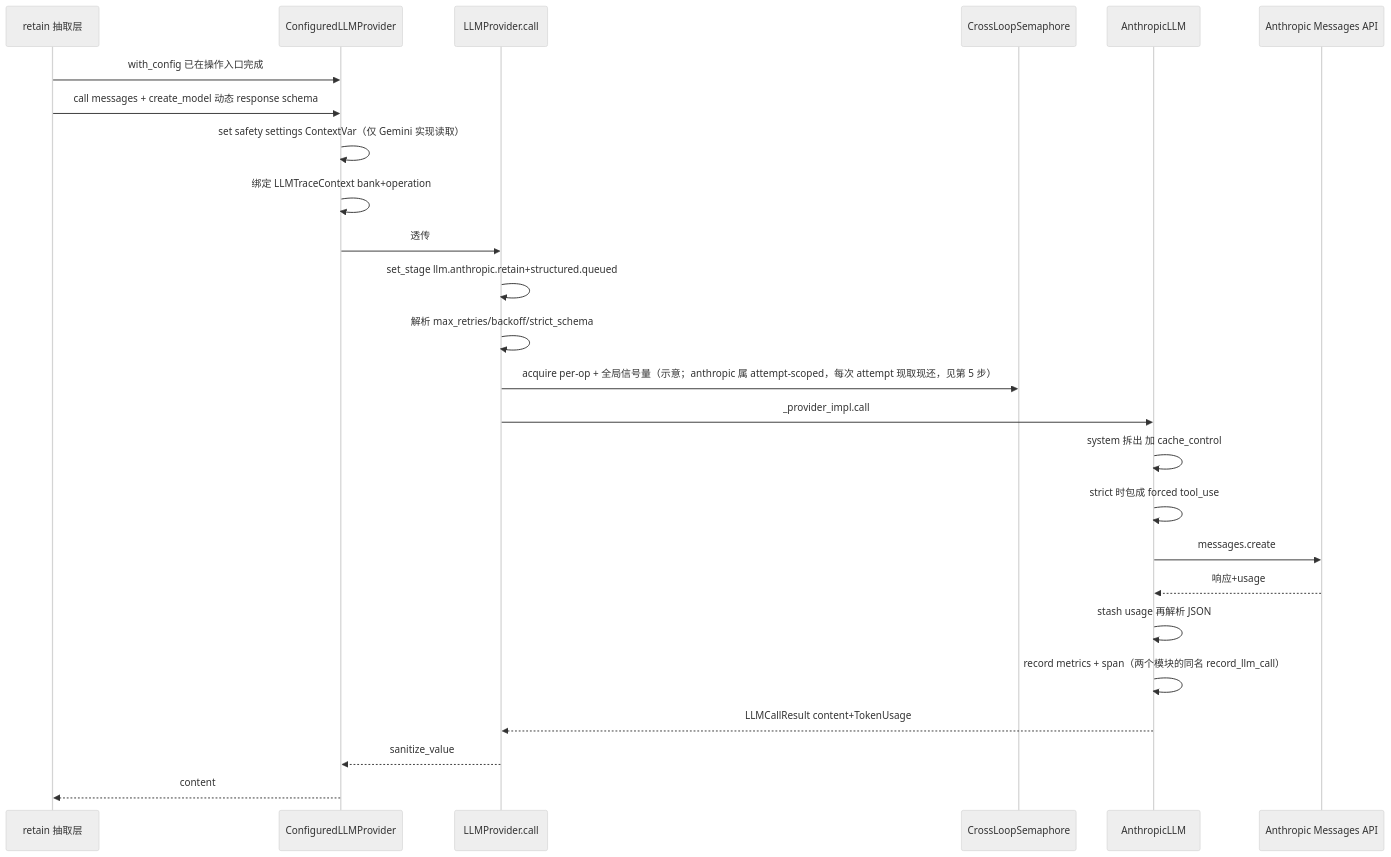
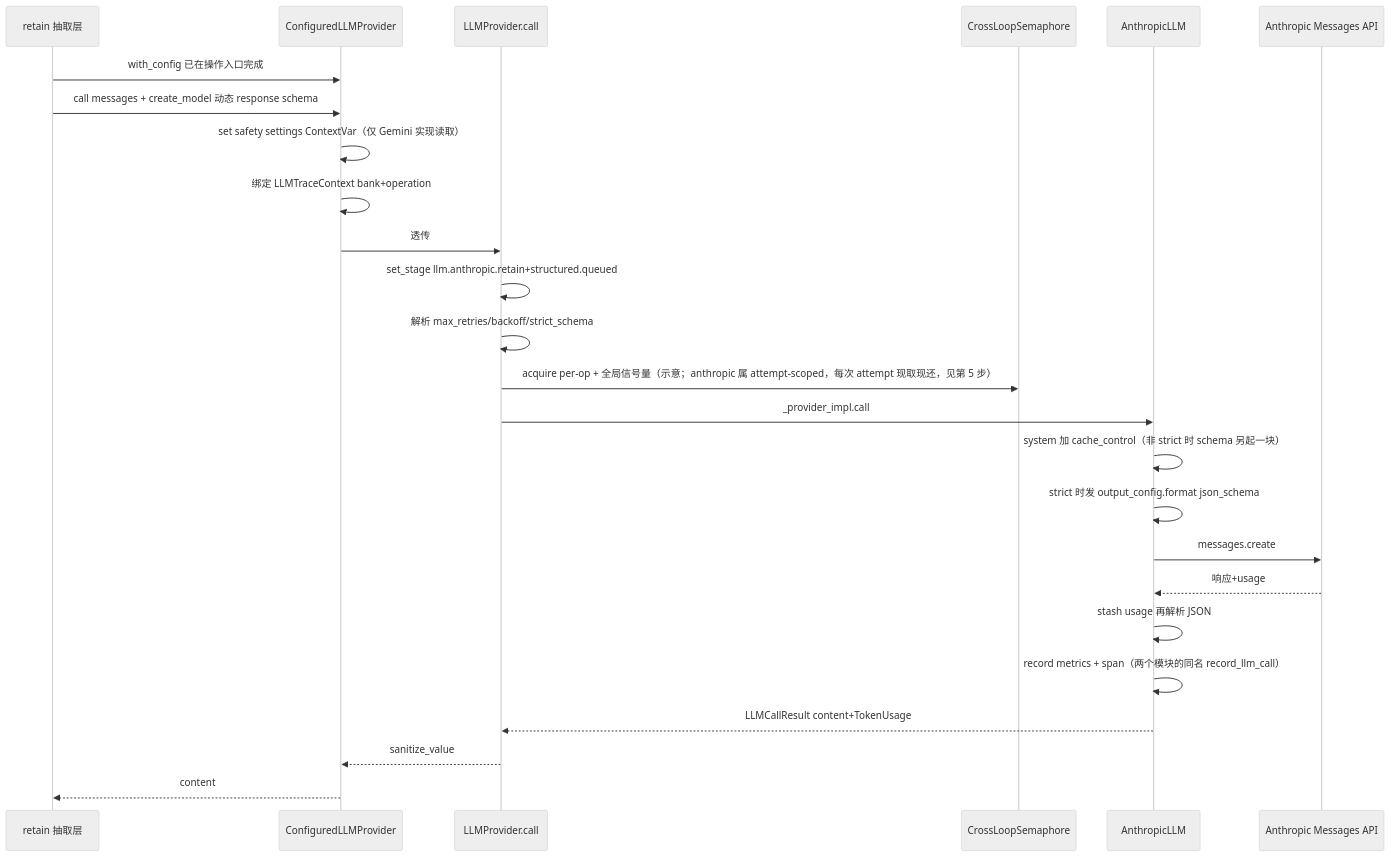
One commit to stefanv5/memory-platform-architecture changed the second of 3 diagrams in docs/hindsight/source-study/05-基础设施抽象层.md. Above: the diagram before and after it, drawn with Mermaid (neutral theme). The commit also changed other lines of this file and 10 other files, not shown here.

````diff
--- a/docs/hindsight/source-study/05-基础设施抽象层.md
+++ b/docs/hindsight/source-study/05-基础设施抽象层.md
@@ -106,28 +112,28 @@
 ```mermaid
 sequenceDiagram
     participant Caller as retain 抽取层
     participant CLP as ConfiguredLLMProvider
     participant W as LLMProvider.call
     participant Gate as CrossLoopSemaphore
     participant Impl as AnthropicLLM
     participant API as Anthropic Messages API
 
     Caller->>CLP: with_config 已在操作入口完成
     Caller->>CLP: call messages + create_model 动态 response schema
     CLP->>CLP: set safety settings ContextVar（仅 Gemini 实现读取）
     CLP->>CLP: 绑定 LLMTraceContext bank+operation
     CLP->>W: 透传
     W->>W: set_stage llm.anthropic.retain+structured.queued
     W->>W: 解析 max_retries/backoff/strict_schema
     W->>Gate: acquire per-op + 全局信号量（示意；anthropic 属 attempt-scoped，每次 attempt 现取现还，见第 5 步）
     W->>Impl: _provider_impl.call
-    Impl->>Impl: system 拆出 加 cache_control
-    Impl->>Impl: strict 时包成 forced tool_use
+    Impl->>Impl: system 加 cache_control（非 strict 时 schema 另起一块）
+    Impl->>Impl: strict 时发 output_config.format json_schema
     Impl->>API: messages.create
     API-->>Impl: 响应+usage
     Impl->>Impl: stash usage 再解析 JSON
     Impl->>Impl: record metrics + span（两个模块的同名 record_llm_call）
     Impl-->>W: LLMCallResult content+TokenUsage
     W-->>CLP: sanitize_value
     CLP-->>Caller: content
 ```
````
